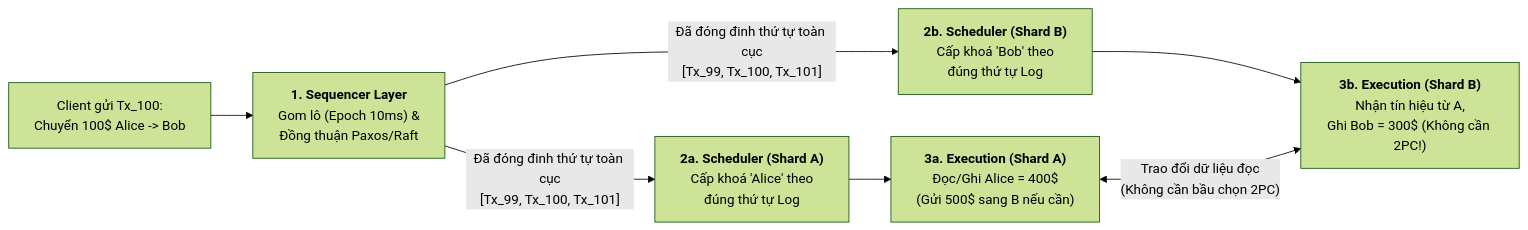
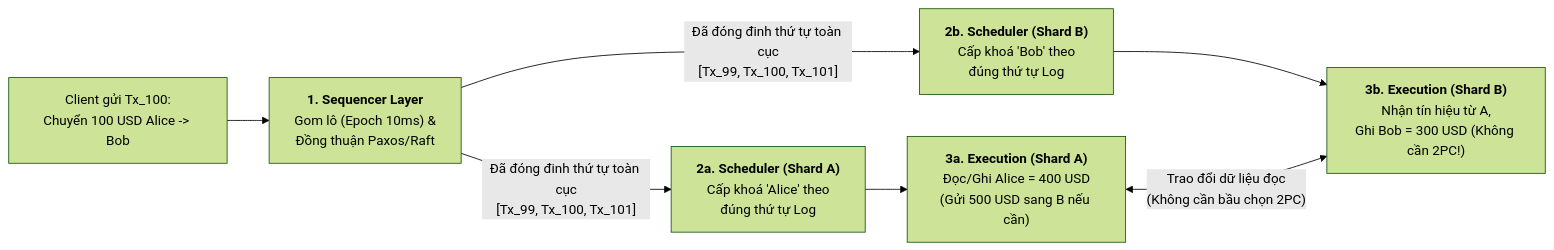
Before and after one commit to namaewanam/namaewanam.github.io: the third of 4 diagrams in docs/Database-Internals-Notes/database-internals-chapter13.vi.md, drawn with Mermaid (forest theme). The commit also changed other lines of this file and 54 other files, not shown here.

Commit message:
docs(database-internals): add beginner guides, glossaries, and diagrams

````diff
--- a/docs/Database-Internals-Notes/database-internals-chapter13.vi.md
+++ b/docs/Database-Internals-Notes/database-internals-chapter13.vi.md
@@ -383,9 +466,9 @@
 ```mermaid
 flowchart LR
-    Client["Client gửi Tx_100:<br/>Chuyển 100$ Alice -> Bob"] --> Seq["<b>1. Sequencer Layer</b><br/>Gom lô (Epoch 10ms) &<br/>Đồng thuận Paxos/Raft"]
+    Client["Client gửi Tx_100:<br/>Chuyển 100 USD Alice -> Bob"] --> Seq["<b>1. Sequencer Layer</b><br/>Gom lô (Epoch 10ms) &<br/>Đồng thuận Paxos/Raft"]
     Seq -->|"Đã đóng đinh thứ tự toàn cục<br/>[Tx_99, Tx_100, Tx_101]"| SchedA["<b>2a. Scheduler (Shard A)</b><br/>Cấp khoá 'Alice' theo<br/>đúng thứ tự Log"]
     Seq -->|"Đã đóng đinh thứ tự toàn cục<br/>[Tx_99, Tx_100, Tx_101]"| SchedB["<b>2b. Scheduler (Shard B)</b><br/>Cấp khoá 'Bob' theo<br/>đúng thứ tự Log"]
-    SchedA --> ExecA["<b>3a. Execution (Shard A)</b><br/>Đọc/Ghi Alice = 400$<br/>(Gửi 500$ sang B nếu cần)"]
-    SchedB --> ExecB["<b>3b. Execution (Shard B)</b><br/>Nhận tín hiệu từ A,<br/>Ghi Bob = 300$ (Không cần 2PC!)"]
+    SchedA --> ExecA["<b>3a. Execution (Shard A)</b><br/>Đọc/Ghi Alice = 400 USD<br/>(Gửi 500 USD sang B nếu cần)"]
+    SchedB --> ExecB["<b>3b. Execution (Shard B)</b><br/>Nhận tín hiệu từ A,<br/>Ghi Bob = 300 USD (Không cần 2PC!)"]
     ExecA <-->|"Trao đổi dữ liệu đọc<br/>(Không cần bầu chọn 2PC)"| ExecB
 ```
````
